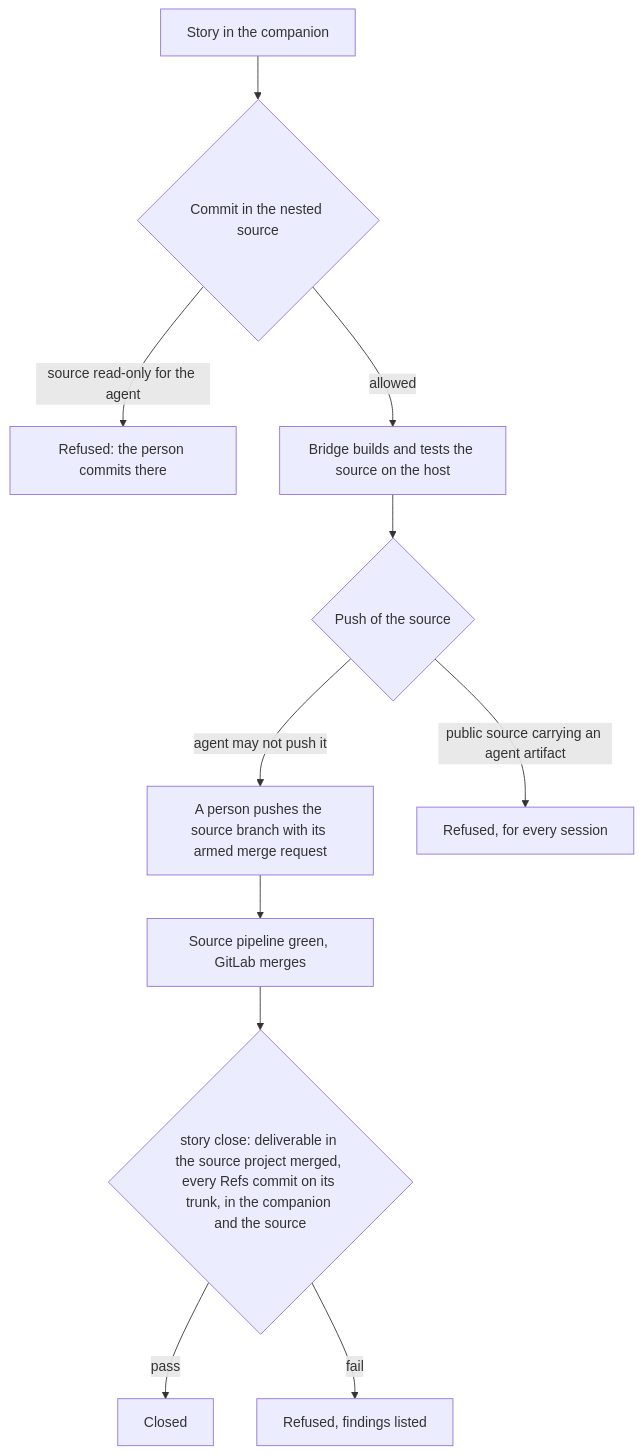
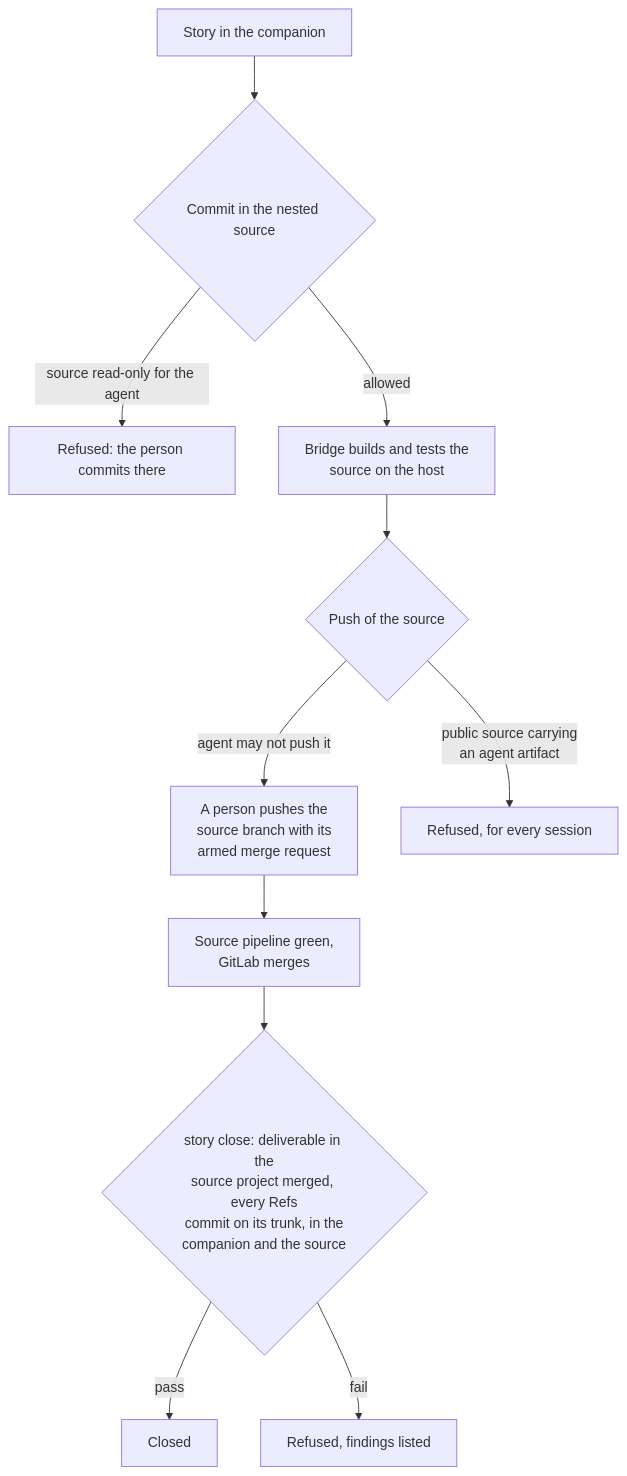
Before and after one commit to DogmaSolutions/Kyklos: the diagram in docs/WORKFLOW_SCENARIO_4.md, drawn with Mermaid. The commit also changed 38 other files, not shown here.

````diff
--- a/docs/WORKFLOW_SCENARIO_4.md
+++ b/docs/WORKFLOW_SCENARIO_4.md
@@ -43,13 +43,13 @@
 ```mermaid
 flowchart TD
     S["Story in the companion"] --> C{"Commit in the nested source"}
     C -->|"source read-only for the agent"| X1["Refused: the person commits there"]
-    C -->|"allowed"| T["Bridge builds and tests the source on the host"]
+    C -->|"allowed"| T["Bridge builds and tests the<br/>source on the host"]
     T --> P{"Push of the source"}
-    P -->|"agent may not push it"| H["A person pushes the source branch with its armed merge request"]
-    P -->|"public source carrying an agent artifact"| X2["Refused, for every session"]
-    H --> PL["Source pipeline green, GitLab merges"]
-    PL --> CL{"story close: deliverable in the source project merged, every Refs commit on its trunk, in the companion and the source"}
+    P -->|"agent may not push it"| H["A person pushes the<br/>source branch with its<br/>armed merge request"]
+    P -->|"public source carrying<br/>an agent artifact"| X2["Refused, for every session"]
+    H --> PL["Source pipeline green,<br/>GitLab merges"]
+    PL --> CL{"story close: deliverable in the<br/>source project merged, every Refs<br/>commit on its trunk, in the<br/>companion and the source"}
     CL -->|"pass"| D["Closed"]
     CL -->|"fail"| X3["Refused, findings listed"]
 ```
````
